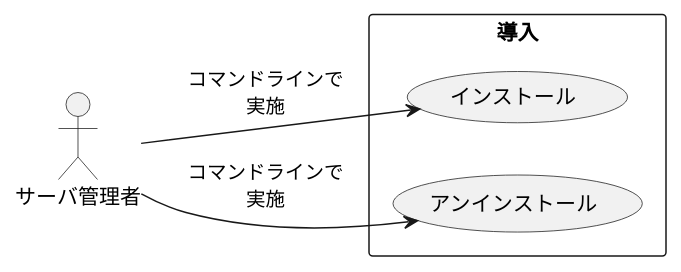
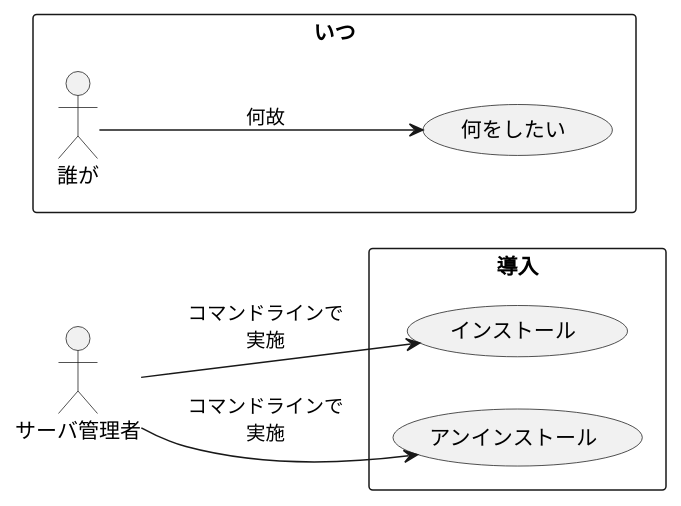
One commit to peregrin8alde/learn-ossdb-gold changed the diagram in site/content/ja/docs/Appendix/uml/usecase/install/usecases.puml. Above: the diagram before and after it, drawn with PlantUML. The commit also changed 1 other file, not shown here.

```diff
--- a/site/content/ja/docs/Appendix/uml/usecase/install/usecases.puml
+++ b/site/content/ja/docs/Appendix/uml/usecase/install/usecases.puml
@@ -1,10 +1,20 @@
 left to right direction
+
+/'
+rectangle "いつ" {
+  :誰が: --> (何をしたい) : 何故
+}
+'/
+
+rectangle "いつ" {
+  :誰が: --> (何をしたい) : 何故
+}
 
 actor "サーバ管理者" as admin
 
 rectangle "導入" {
   usecase "インストール" as UC1
   usecase "アンインストール" as UC2
 }
 admin --> (UC1) : コマンドラインで\n実施
 admin --> (UC2) : コマンドラインで\n実施
```
